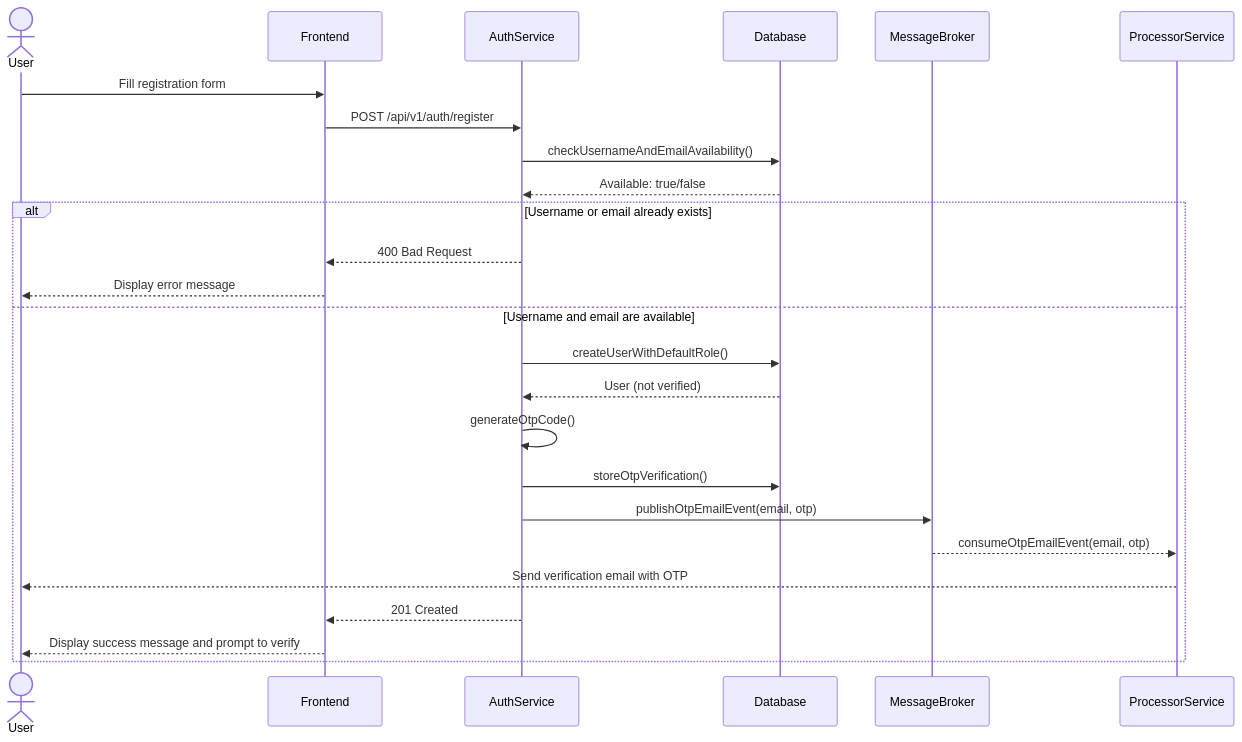
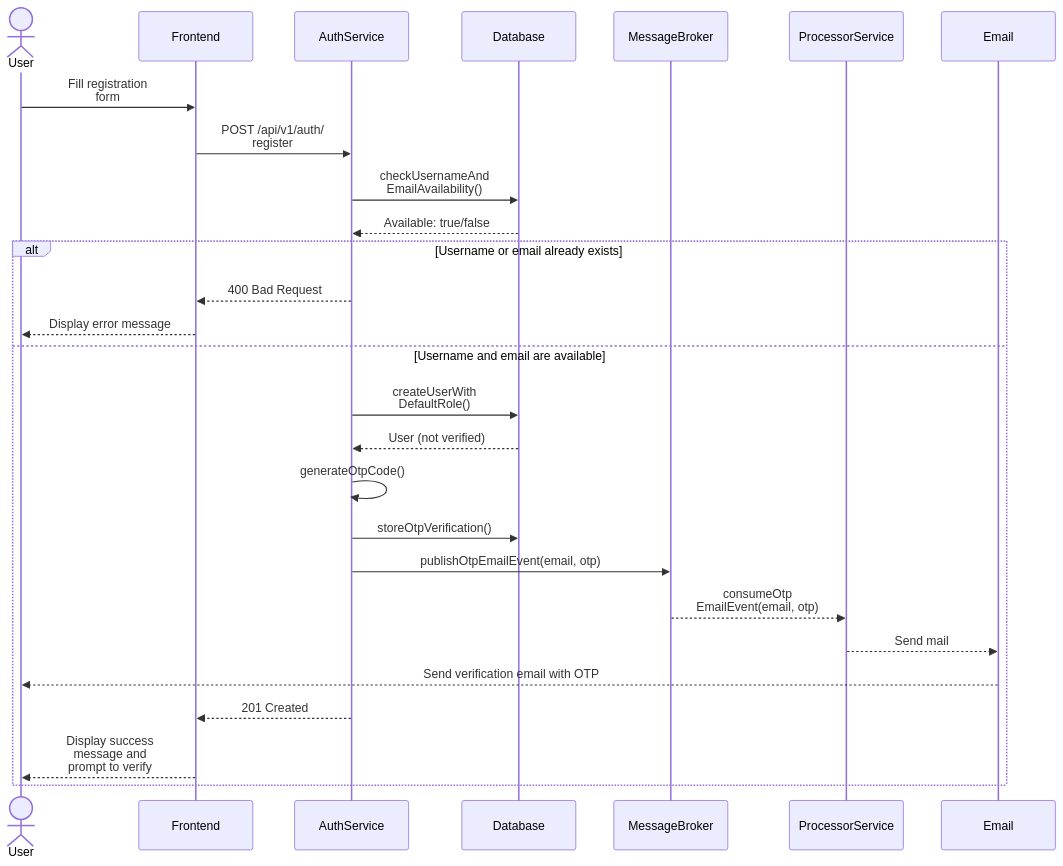
One commit to loidinhm31/document-management-and-search-system changed the diagram in project/sequence-diagram/1.1_registration-sequence.mermaid. Above: the diagram before and after it, drawn with Mermaid. The commit also changed 12 other files, not shown here.

Commit message:
Update sequence diagrams

```diff
--- a/project/sequence-diagram/1.1_registration-sequence.mermaid
+++ b/project/sequence-diagram/1.1_registration-sequence.mermaid
@@ -1,31 +1,33 @@
 sequenceDiagram
     actor User
     participant Frontend
     participant AuthService
     participant Database
     participant MessageBroker
     participant ProcessorService
+    participant Email
 
-    User->>Frontend: Fill registration form
-    Frontend->>AuthService: POST /api/v1/auth/register
+    User->>Frontend: Fill registration <br> form
+    Frontend->>AuthService: POST /api/v1/auth/<br>register
 
-    AuthService->>Database: checkUsernameAndEmailAvailability()
+    AuthService->>Database: checkUsernameAnd<br>EmailAvailability()
     Database-->>AuthService: Available: true/false
 
     alt Username or email already exists
         AuthService-->>Frontend: 400 Bad Request
         Frontend-->>User: Display error message
     else Username and email are available
-        AuthService->>Database: createUserWithDefaultRole()
+        AuthService->>Database: createUserWith<br>DefaultRole()
         Database-->>AuthService: User (not verified)
 
         AuthService->>AuthService: generateOtpCode()
         AuthService->>Database: storeOtpVerification()
 
         AuthService->>MessageBroker: publishOtpEmailEvent(email, otp)
-        MessageBroker-->>ProcessorService: consumeOtpEmailEvent(email, otp)
-        ProcessorService-->>User: Send verification email with OTP
+        MessageBroker-->>ProcessorService: consumeOtp<br>EmailEvent(email, otp)
+        ProcessorService-->>Email: Send mail
+        Email-->>User: Send verification  email with OTP
 
         AuthService-->>Frontend: 201 Created
-        Frontend-->>User: Display success message and prompt to verify
+        Frontend-->>User: Display success <br> message and <br> prompt to verify
     end
```
